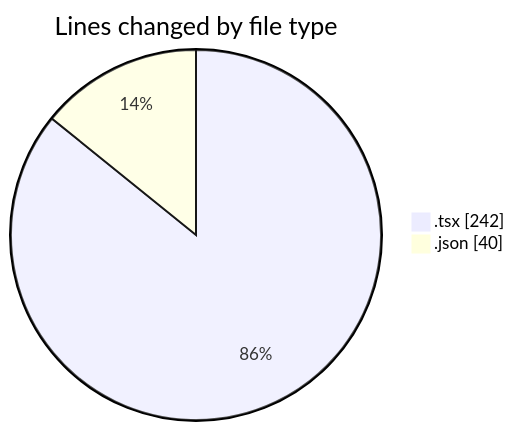
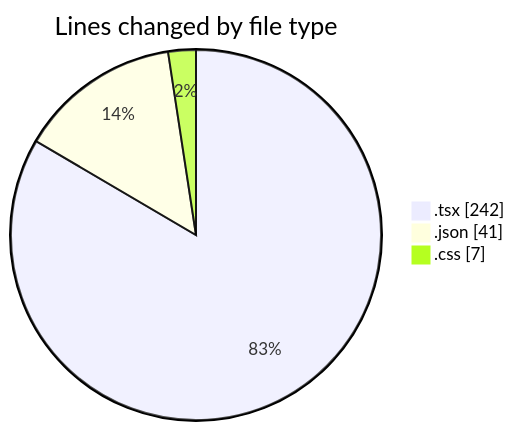
Before and after one commit to EIIisD/code-tracking: the first of 2 diagrams in 2025-08-05/tw-server/README.md, drawn with Mermaid. The commit also changed other lines of this file and 1 other file, not shown here.

````diff
--- a/2025-08-05/tw-server/README.md
+++ b/2025-08-05/tw-server/README.md
@@ -26,6 +27,7 @@
 ```mermaid
 pie showData
 title Lines changed by file type
 ".tsx" : 242
-".json" : 40
+".json" : 41
+".css" : 7
 ```
````
